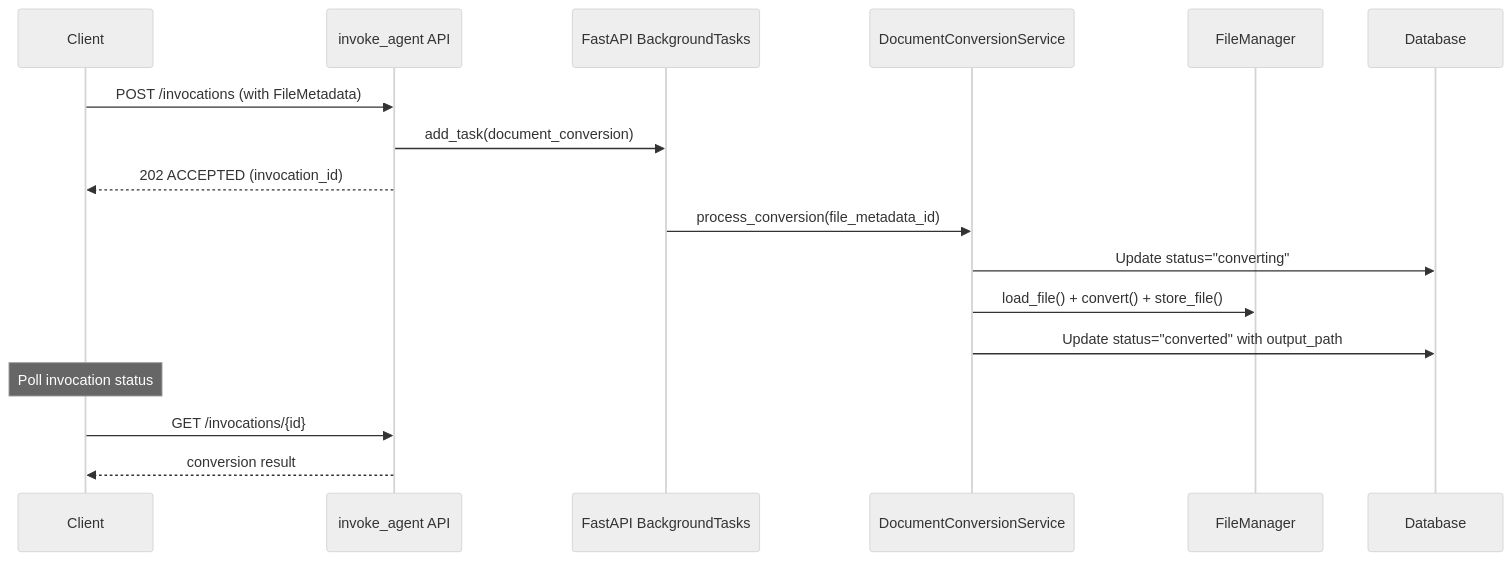
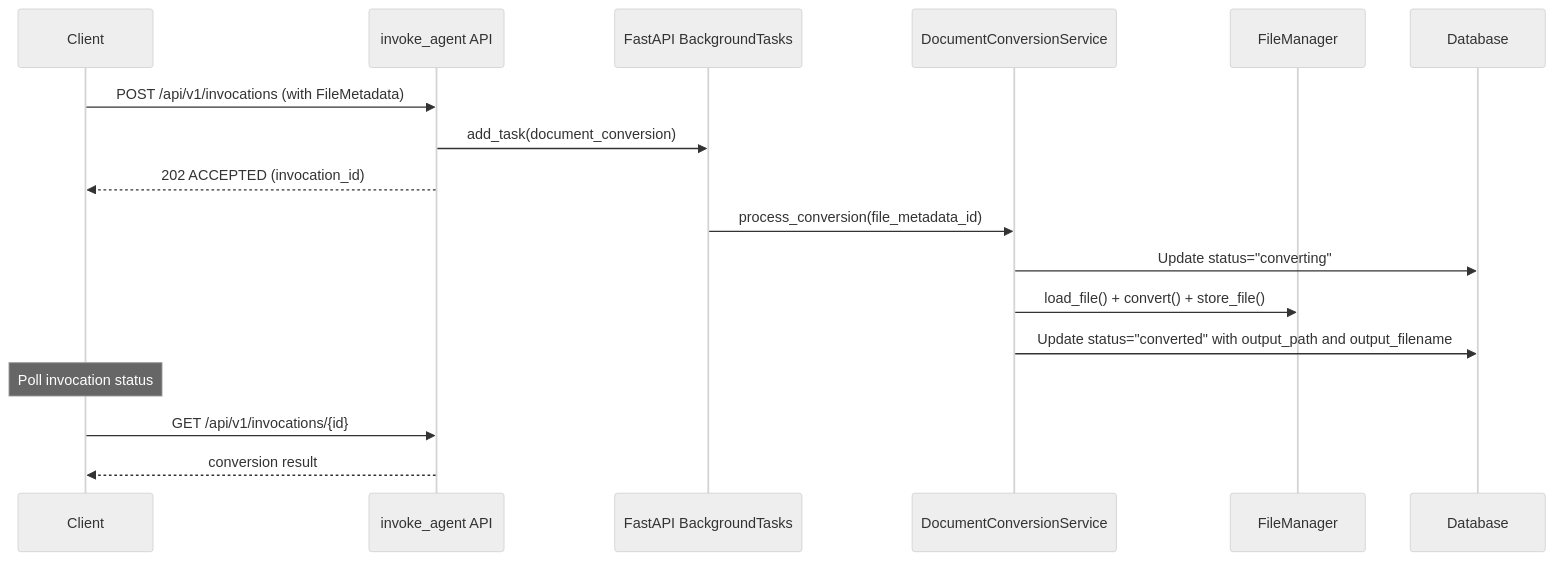
One commit to alinabuzachis/syntara changed the fourth of 4 diagrams in specs/010-document-conversion/spec.md. Above: the diagram before and after it, drawn with Mermaid (neutral theme). The commit also changed other lines of this file and 65 other files, not shown here.

````diff
--- a/specs/010-document-conversion/spec.md
+++ b/specs/010-document-conversion/spec.md
@@ -222,22 +222,22 @@
 ```mermaid
 sequenceDiagram
     participant Client
     participant InvokeAgent as invoke_agent API
     participant BackgroundTask as FastAPI BackgroundTasks  
     participant ConversionSvc as DocumentConversionService
     participant FileManager as FileManager
     participant DB as Database
 
-    Client->>InvokeAgent: POST /invocations (with FileMetadata)
+    Client->>InvokeAgent: POST /api/v1/invocations (with FileMetadata)
     InvokeAgent->>BackgroundTask: add_task(document_conversion)
     InvokeAgent-->>Client: 202 ACCEPTED (invocation_id)
 
     BackgroundTask->>ConversionSvc: process_conversion(file_metadata_id)
     ConversionSvc->>DB: Update status="converting"
     ConversionSvc->>FileManager: load_file() + convert() + store_file()
-    ConversionSvc->>DB: Update status="converted" with output_path
+    ConversionSvc->>DB: Update status="converted" with output_path and output_filename
 
     Note over Client: Poll invocation status
-    Client->>InvokeAgent: GET /invocations/{id}
+    Client->>InvokeAgent: GET /api/v1/invocations/{id}
     InvokeAgent-->>Client: conversion result
 ```
````
